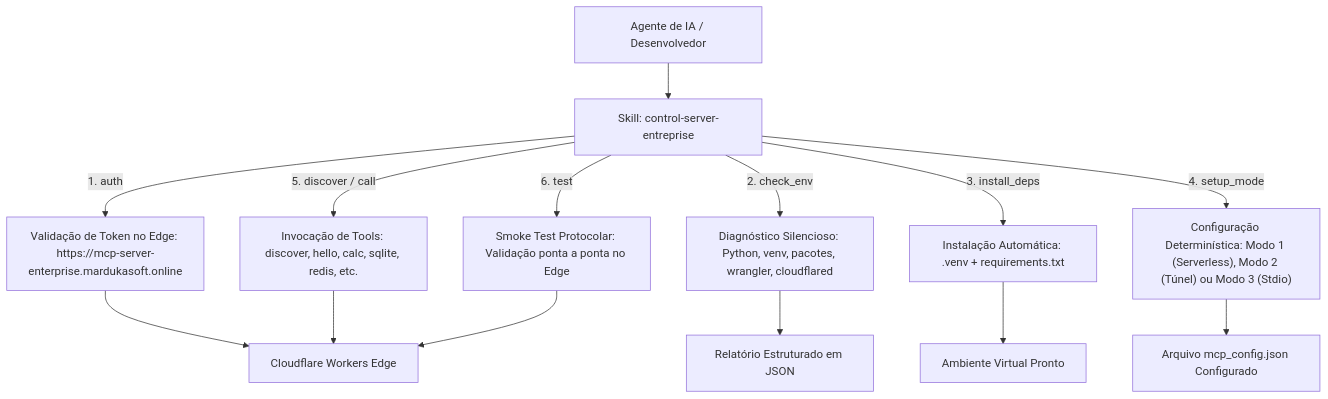
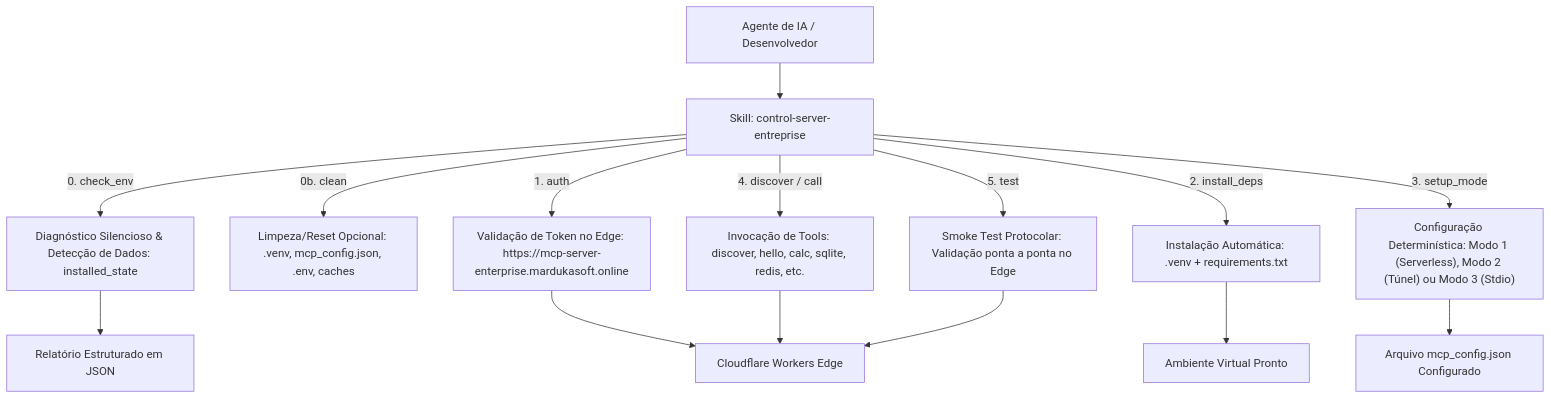
The diagram in .agents/skills/control-server-entreprise/SKILL.md (Eduardo-Rezende-MDK/mcp-server-enterprise-blueprint), drawn with Mermaid before and after one commit. The commit also changed other lines of this file and 2 other files, not shown here.

Commit message:
feat: adicionar deteccao de dados pre-existentes, confirmacao amigavel e acao clean/reset na skill

````diff
--- a/.agents/skills/control-server-entreprise/SKILL.md
+++ b/.agents/skills/control-server-entreprise/SKILL.md
@@ -21,18 +21,19 @@
 ```mermaid
 flowchart TD
     A["Agente de IA / Desenvolvedor"] --> B["Skill: control-server-entreprise"]
     
+    B -->|"0. check_env"| D["Diagnóstico Silencioso & Detecção de Dados: installed_state"]
+    B -->|"0b. clean"| K0["Limpeza/Reset Opcional: .venv, mcp_config.json, .env, caches"]
     B -->|"1. auth"| C["Validação de Token no Edge: https://mcp-server-enterprise.mardukasoft.online"]
-    B -->|"2. check_env"| D["Diagnóstico Silencioso: Python, venv, pacotes, wrangler, cloudflared"]
-    B -->|"3. install_deps"| E["Instalação Automática: .venv + requirements.txt"]
-    B -->|"4. setup_mode"| F["Configuração Determinística: Modo 1 (Serverless), Modo 2 (Túnel) ou Modo 3 (Stdio)"]
-    B -->|"5. discover / call"| G["Invocação de Tools: discover, hello, calc, sqlite, redis, etc."]
-    B -->|"6. test"| H["Smoke Test Protocolar: Validação ponta a ponta no Edge"]
+    B -->|"2. install_deps"| E["Instalação Automática: .venv + requirements.txt"]
+    B -->|"3. setup_mode"| F["Configuração Determinística: Modo 1 (Serverless), Modo 2 (Túnel) ou Modo 3 (Stdio)"]
+    B -->|"4. discover / call"| G["Invocação de Tools: discover, hello, calc, sqlite, redis, etc."]
+    B -->|"5. test"| H["Smoke Test Protocolar: Validação ponta a ponta no Edge"]
     
     C --> I["Cloudflare Workers Edge"]
     D --> J["Relatório Estruturado em JSON"]
     E --> K["Ambiente Virtual Pronto"]
     F --> L["Arquivo mcp_config.json Configurado"]
     G --> I
     H --> I
 ```
````
